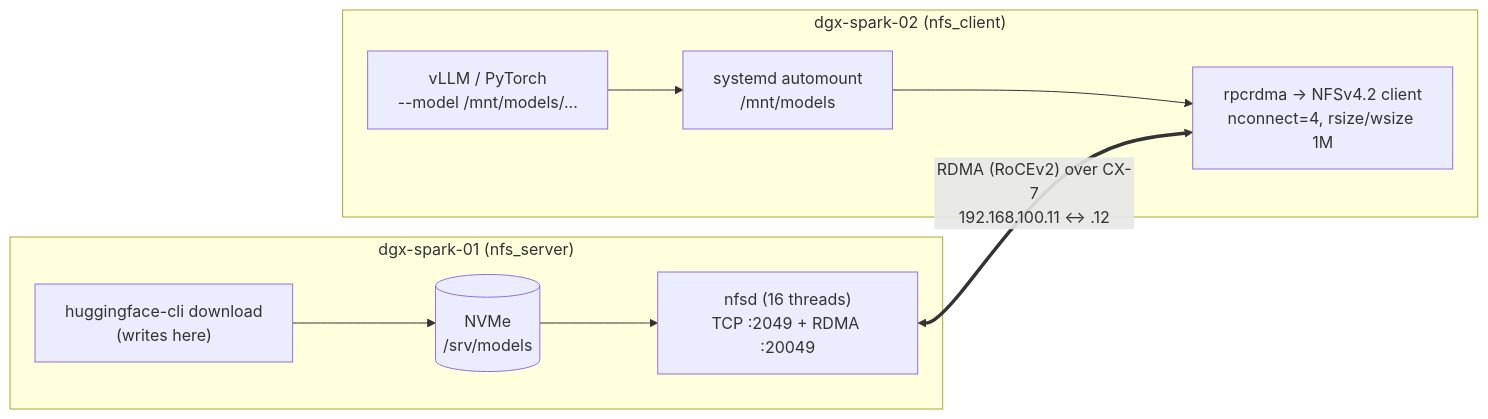
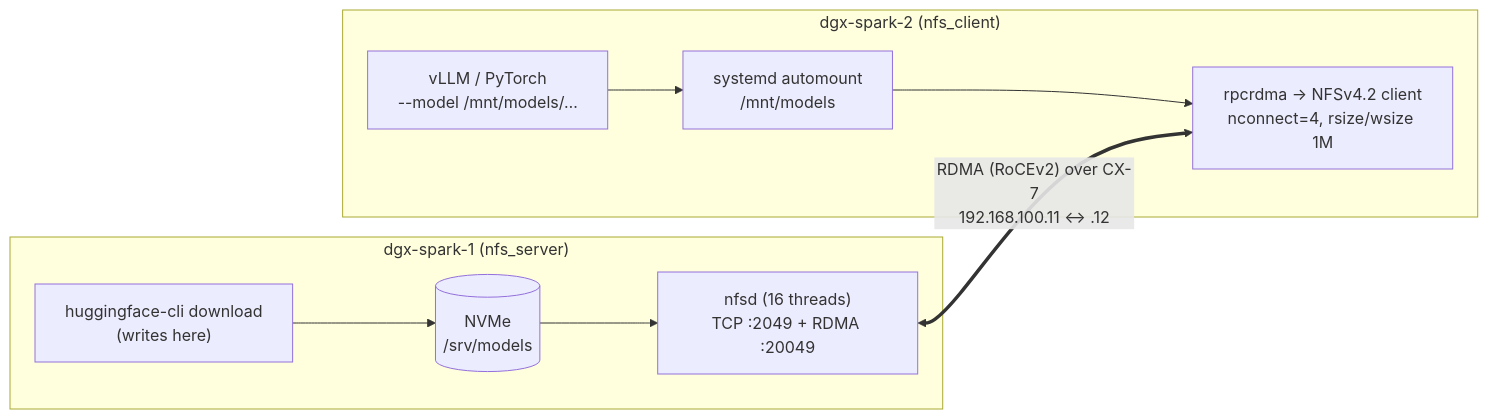
One commit to cloudone365/technical-depth changed the diagram in 01 Ansible/15-parallel-file-system-client-orchestration.md. Above: the diagram before and after it, drawn with Mermaid. The commit also changed other lines of this file and 91 other files, not shown here.

First line of the commit message:
Rename the Spark hosts to dgx-spark-1 / dgx-spark-2

````diff
--- a/01 Ansible/15-parallel-file-system-client-orchestration.md
+++ b/01 Ansible/15-parallel-file-system-client-orchestration.md
@@ -29,12 +29,12 @@
 ```mermaid
 flowchart LR
-  subgraph S1["dgx-spark-01 (nfs_server)"]
+  subgraph S1["dgx-spark-1 (nfs_server)"]
     NV1[("NVMe<br/>/srv/models")] --> NFSD["nfsd (16 threads)<br/>TCP :2049 + RDMA :20049"]
     HF1["huggingface-cli download<br/>(writes here)"] --> NV1
   end
-  subgraph S2["dgx-spark-02 (nfs_client)"]
+  subgraph S2["dgx-spark-2 (nfs_client)"]
     AM["systemd automount<br/>/mnt/models"] --> RPC["rpcrdma → NFSv4.2 client<br/>nconnect=4, rsize/wsize 1M"]
     APP2["vLLM / PyTorch<br/>--model /mnt/models/…"] --> AM
   end
   NFSD <==>|"RDMA (RoCEv2) over CX-7<br/>192.168.100.11 ↔ .12"| RPC
 ```
````
